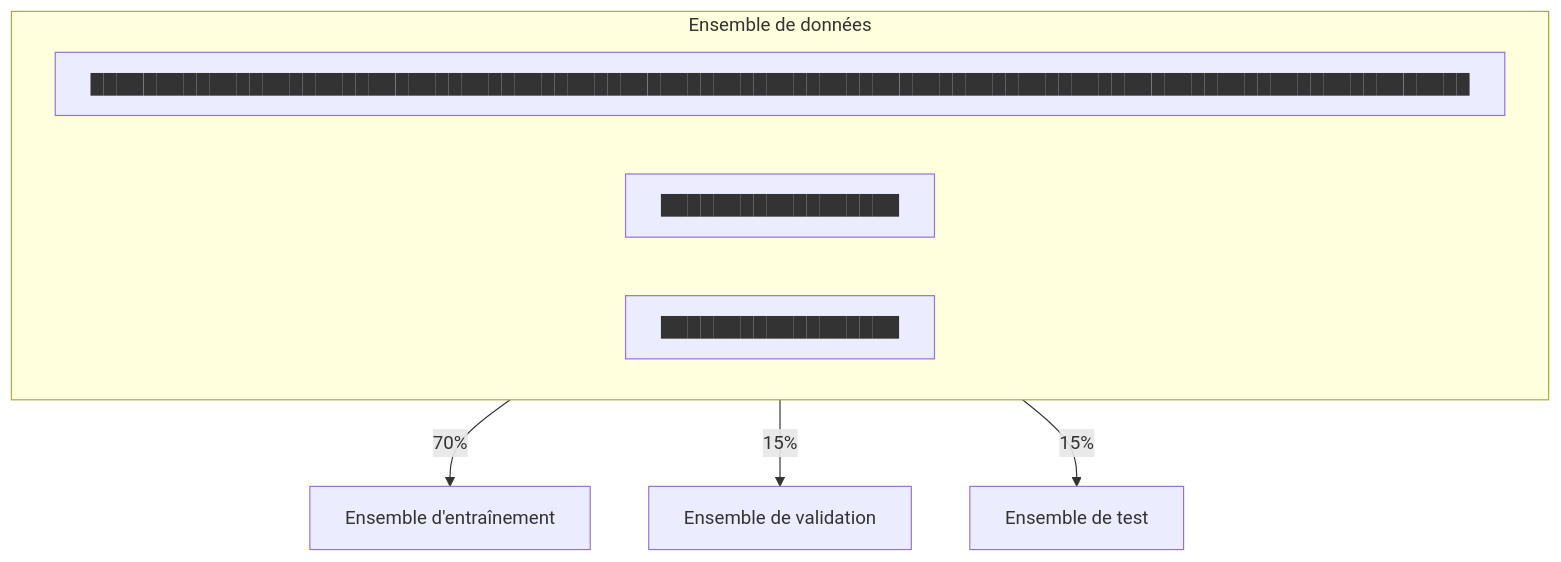
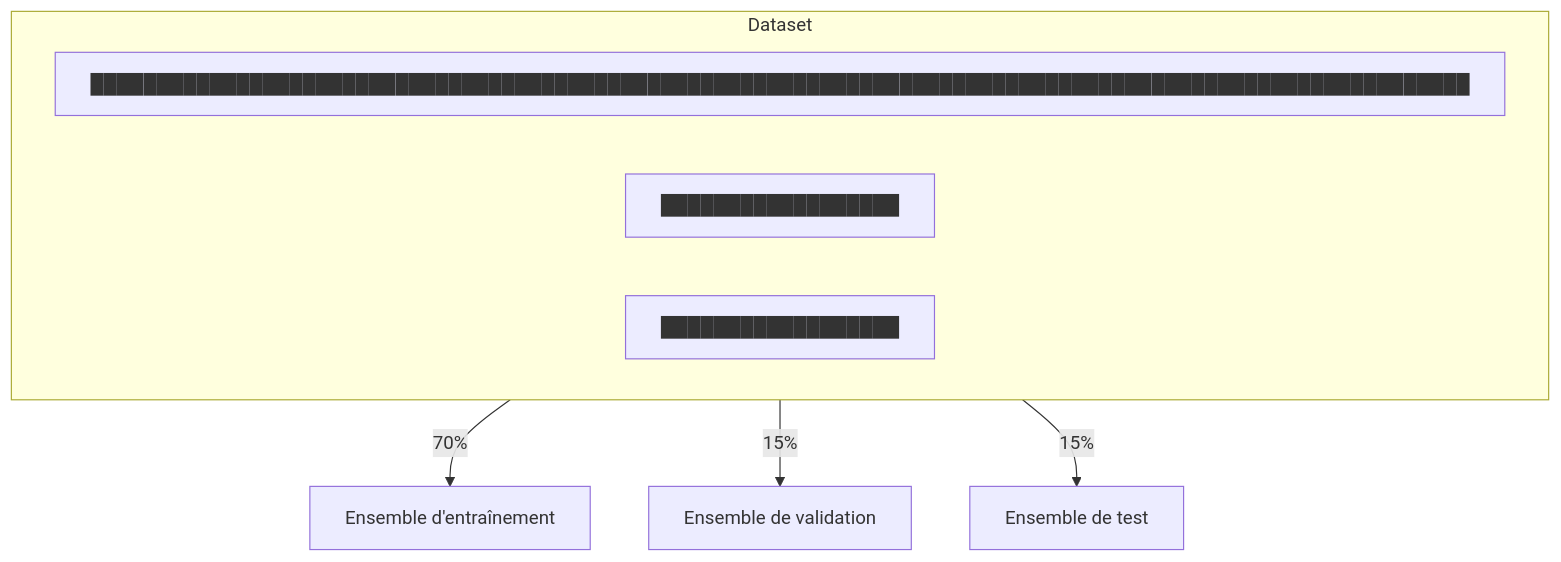
Before and after one commit to Hisqkq/Hisqkq.github.io: the diagram in _posts/2024-06-01-AirCraftCV.md, drawn with Mermaid. The commit also changed other lines of this file and 15 other files, not shown here.

````diff
--- a/_posts/2024-06-01-AirCraftCV.md
+++ b/_posts/2024-06-01-AirCraftCV.md
@@ -92,13 +91,13 @@
 ```mermaid
 graph TD
     B1 -->|70%| B[Ensemble d'entraînement]
     C1 -->|15%| C[Ensemble de validation]
     D1 -->|15%| D[Ensemble de test]
 
-    subgraph Ensemble de données
+    subgraph Dataset
         direction LR
         B1[████████████████████████████████████████████████████████████████████████████████████████████████████████]
         C1[██████████████████]
         D1[██████████████████]
     end
 ```
````
